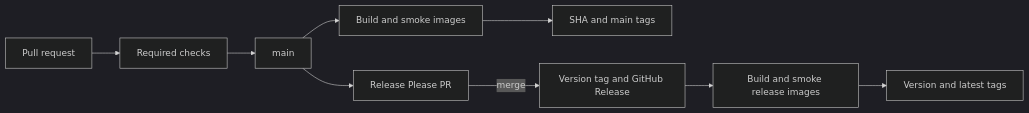
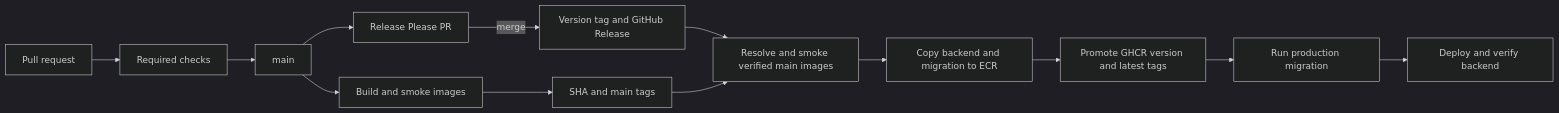
Before and after one commit to jakobzagar/Fit-Track: the diagram in docs/release-process.md, drawn with Mermaid (dark theme). The commit also changed other lines of this file and 2 other files, not shown here.

Commit message:
docs: align release flow and deployment prerequisites

````diff
--- a/docs/release-process.md
+++ b/docs/release-process.md
@@ -7,11 +7,15 @@
 ```mermaid
 flowchart LR
     Change[Pull request] --> Checks[Required checks]
     Checks --> Main[main]
     Main --> RP[Release Please PR]
     Main --> Images[Build and smoke images]
     Images --> MainTags[SHA and main tags]
     RP -->|merge| Release[Version tag and GitHub Release]
-    Release --> ReleaseImages[Build and smoke release images]
-    ReleaseImages --> VersionTags[Version and latest tags]
+    Release --> ReleaseImages[Resolve and smoke verified main images]
+    MainTags --> ReleaseImages
+    ReleaseImages --> ECR[Copy backend and migration to ECR]
+    ECR --> VersionTags[Promote GHCR version and latest tags]
+    VersionTags --> Migration[Run production migration]
+    Migration --> Backend[Deploy and verify backend]
 ```
````
